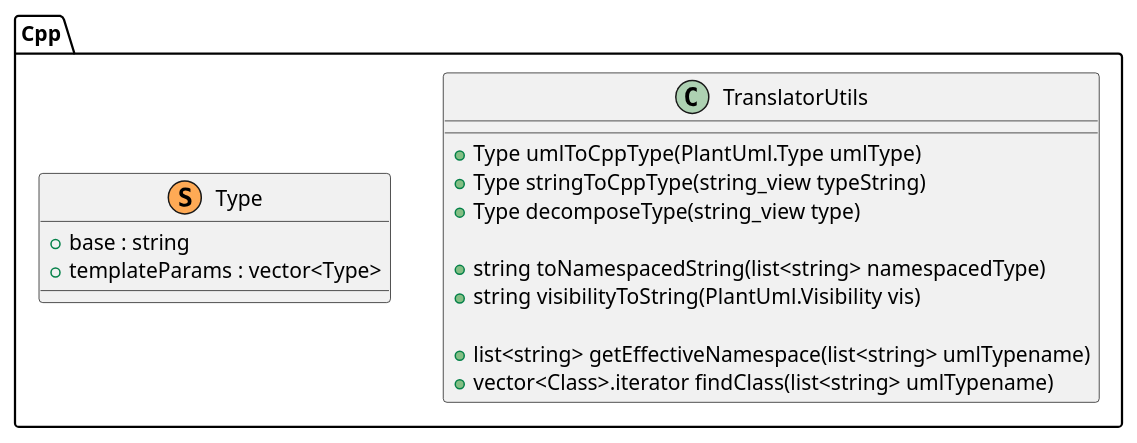
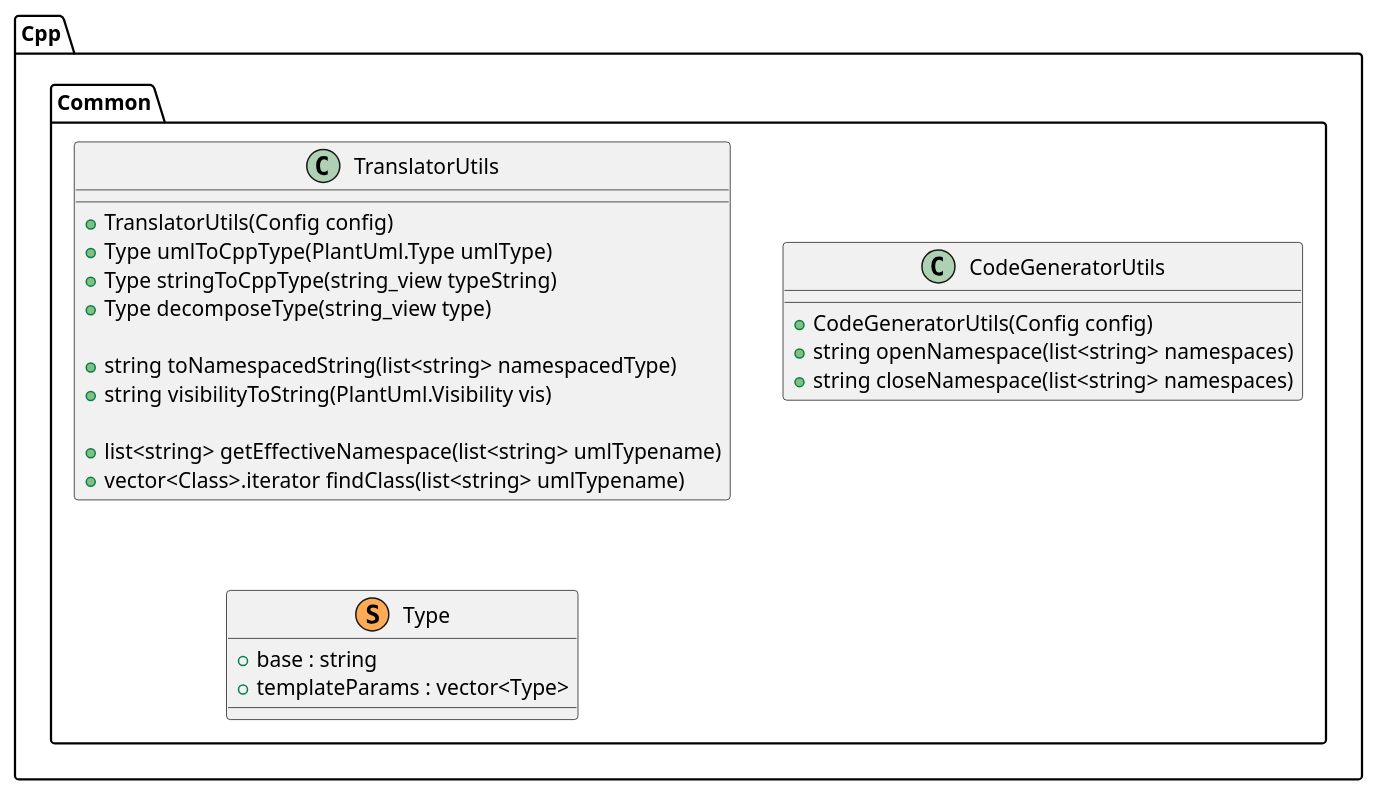
Before and after one commit to jteuber/PlantUML2Cpp: the diagram in models/Cpp.puml, drawn with PlantUML. The commit also changed 3 other files, not shown here.

Commit message:
Add CodeGeneratorUtils for namespace code generation.

```diff
--- a/models/Cpp.puml
+++ b/models/Cpp.puml
@@ -1,22 +1,31 @@
 @startuml Cpp
 
 namespace Cpp {
-    class TranslatorUtils {
-        +Type umlToCppType(PlantUml.Type umlType)
-        +Type stringToCppType(string_view typeString)
-        +Type decomposeType(string_view type)
-        
-        +string toNamespacedString(list<string> namespacedType)
-        +string visibilityToString(PlantUml.Visibility vis)
+    namespace Common {
+        class TranslatorUtils {
+            +TranslatorUtils(Config config)
+            +Type umlToCppType(PlantUml.Type umlType)
+            +Type stringToCppType(string_view typeString)
+            +Type decomposeType(string_view type)
 
-        +list<string> getEffectiveNamespace(list<string> umlTypename)
-        +vector<Class>.iterator findClass(list<string> umlTypename)
-    }
+            +string toNamespacedString(list<string> namespacedType)
+            +string visibilityToString(PlantUml.Visibility vis)
 
-    class Type << (S,#FFAA55) >>
-    {
-        +base : string
-        +templateParams : vector<Type>
+            +list<string> getEffectiveNamespace(list<string> umlTypename)
+            +vector<Class>.iterator findClass(list<string> umlTypename)
+        }
+
+        class CodeGeneratorUtils {
+            +CodeGeneratorUtils(Config config)
+            +string openNamespace(list<string> namespaces)
+            +string closeNamespace(list<string> namespaces)
+        }
+
+        class Type << (S,#FFAA55) >>
+        {
+            +base : string
+            +templateParams : vector<Type>
+        }
     }
 }
 @enduml
```
